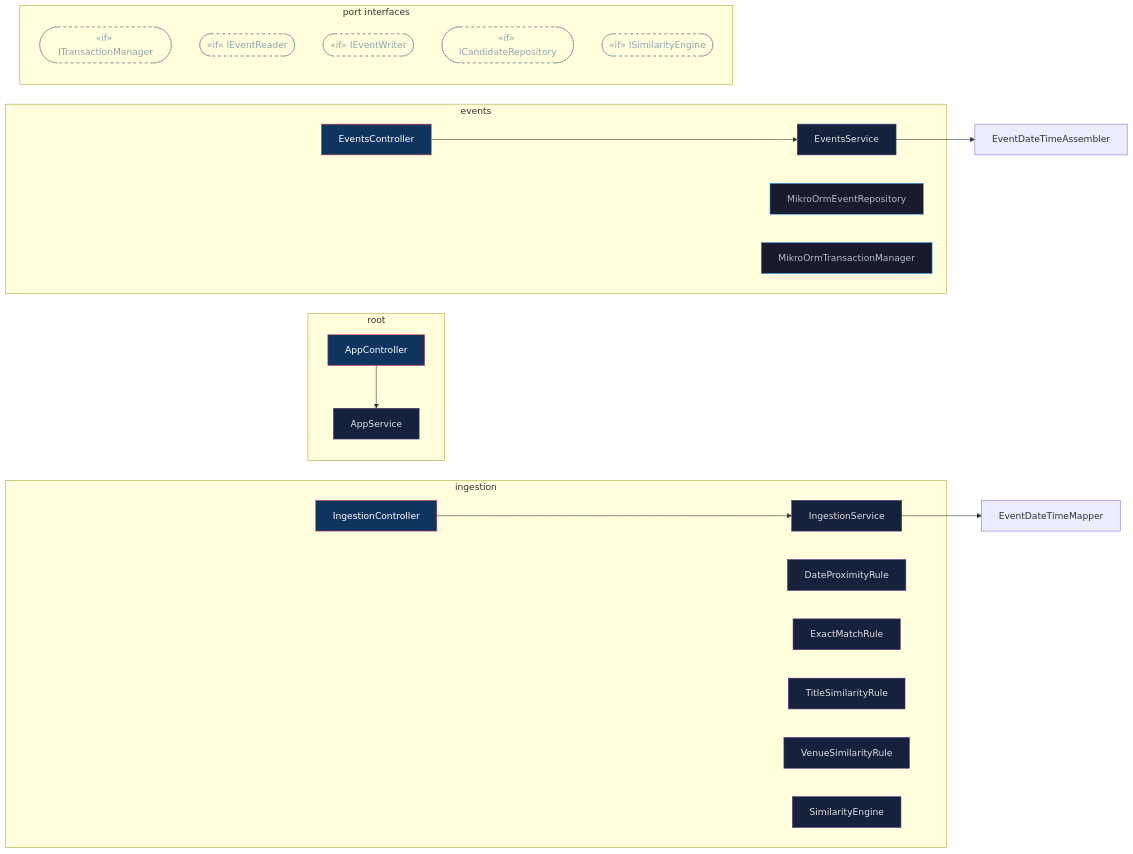
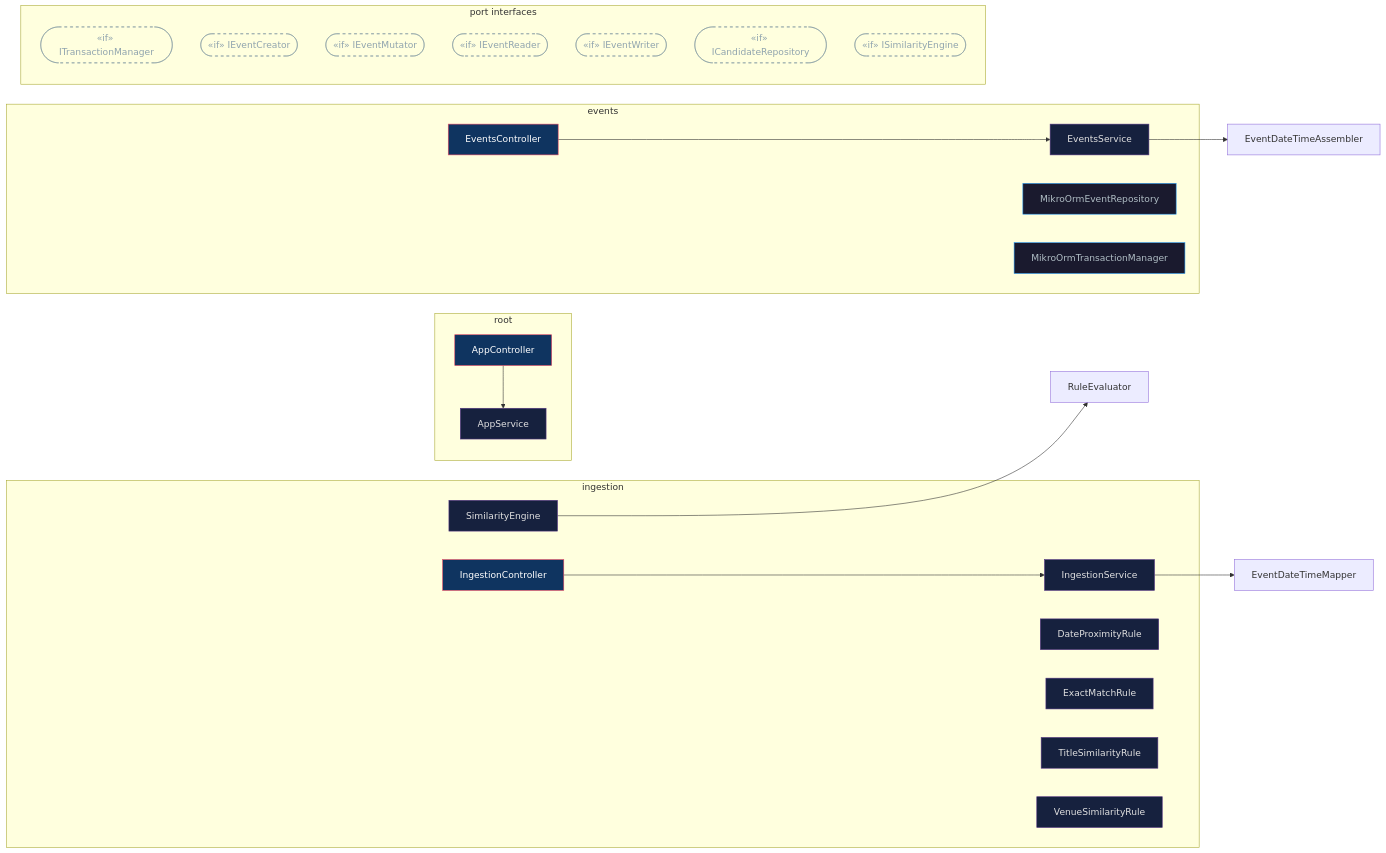
The second of 3 diagrams in docs/architecture.md (Phastboy/campuspulse), drawn with Mermaid before and after one commit. The commit also changed other lines of this file and 1 other file, not shown here.

First line of the commit message:
chore(scripts): add arch command to package.json and update architecture docs

````diff
--- a/docs/architecture.md
+++ b/docs/architecture.md
@@ -36,64 +36,69 @@
 ```mermaid
 graph LR
   %% Class-level dependency injection
   %% Solid arrow → direct dependency    Dashed arrow -.-> via port token
 
   subgraph root ["root"]
     AppController["AppController"]
     AppService["AppService"]
   end
 
   subgraph events ["events"]
     EventsController["EventsController"]
     EventsService["EventsService"]
     MikroOrmEventRepository["MikroOrmEventRepository"]
     MikroOrmTransactionManager["MikroOrmTransactionManager"]
   end
 
   subgraph ingestion ["ingestion"]
     IngestionController["IngestionController"]
     IngestionService["IngestionService"]
     DateProximityRule["DateProximityRule"]
     ExactMatchRule["ExactMatchRule"]
     TitleSimilarityRule["TitleSimilarityRule"]
     VenueSimilarityRule["VenueSimilarityRule"]
     SimilarityEngine["SimilarityEngine"]
   end
 
   AppController --> AppService
   EventsController --> EventsService
   EventsService --> EventDateTimeAssembler
   IngestionController --> IngestionService
   IngestionService --> EventDateTimeMapper
+  SimilarityEngine --> RuleEvaluator
 
   subgraph ports_sg ["port interfaces"]
     ITransactionManager(["«if» ITransactionManager"])
+    IEventCreator(["«if» IEventCreator"])
+    IEventMutator(["«if» IEventMutator"])
     IEventReader(["«if» IEventReader"])
     IEventWriter(["«if» IEventWriter"])
     ICandidateRepository(["«if» ICandidateRepository"])
     ISimilarityEngine(["«if» ISimilarityEngine"])
   end
 
   classDef ctrl  fill:#0f3460,stroke:#e94560,color:#fff
   classDef svc   fill:#16213e,stroke:#533483,color:#e0e0e0
   classDef infra fill:#1a1a2e,stroke:#2196f3,color:#b0bec5
   classDef port  fill:none,stroke:#78909c,color:#90a4ae,stroke-dasharray:5 5
   class AppController ctrl
   class AppService svc
   class EventsController ctrl
   class EventsService svc
   class MikroOrmEventRepository infra
   class MikroOrmTransactionManager infra
   class IngestionController ctrl
   class IngestionService svc
   class DateProximityRule svc
   class ExactMatchRule svc
   class TitleSimilarityRule svc
   class VenueSimilarityRule svc
   class SimilarityEngine svc
   class ITransactionManager port
+  class IEventCreator port
+  class IEventMutator port
   class IEventReader port
   class IEventWriter port
   class ICandidateRepository port
   class ISimilarityEngine port
 ```
````
